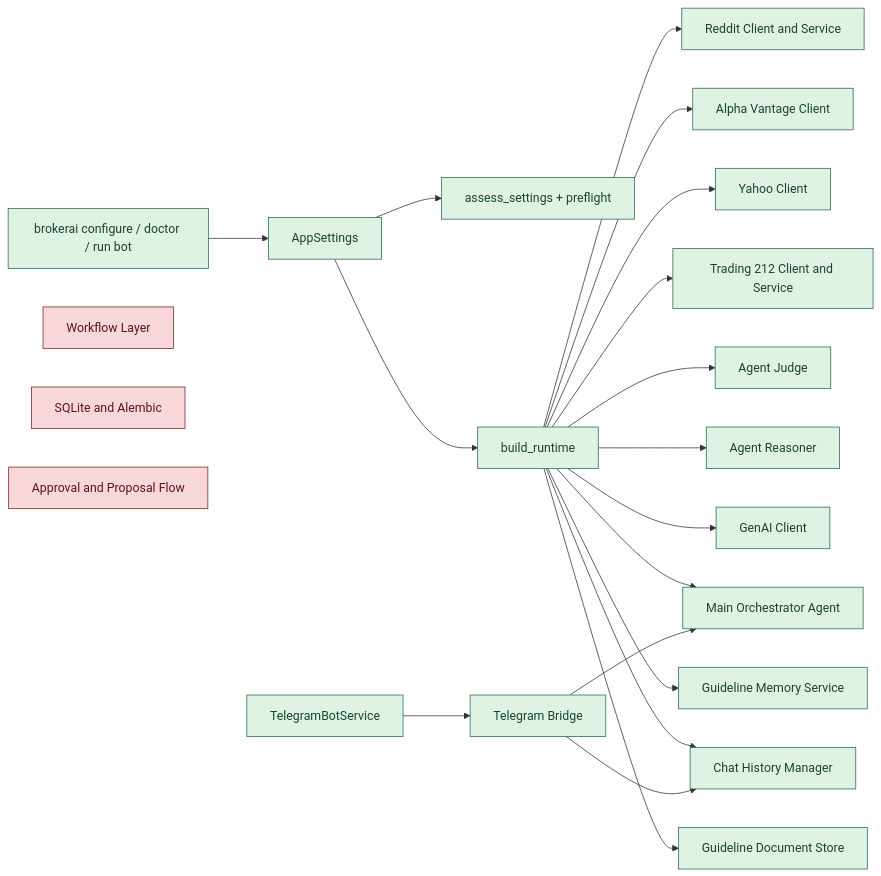
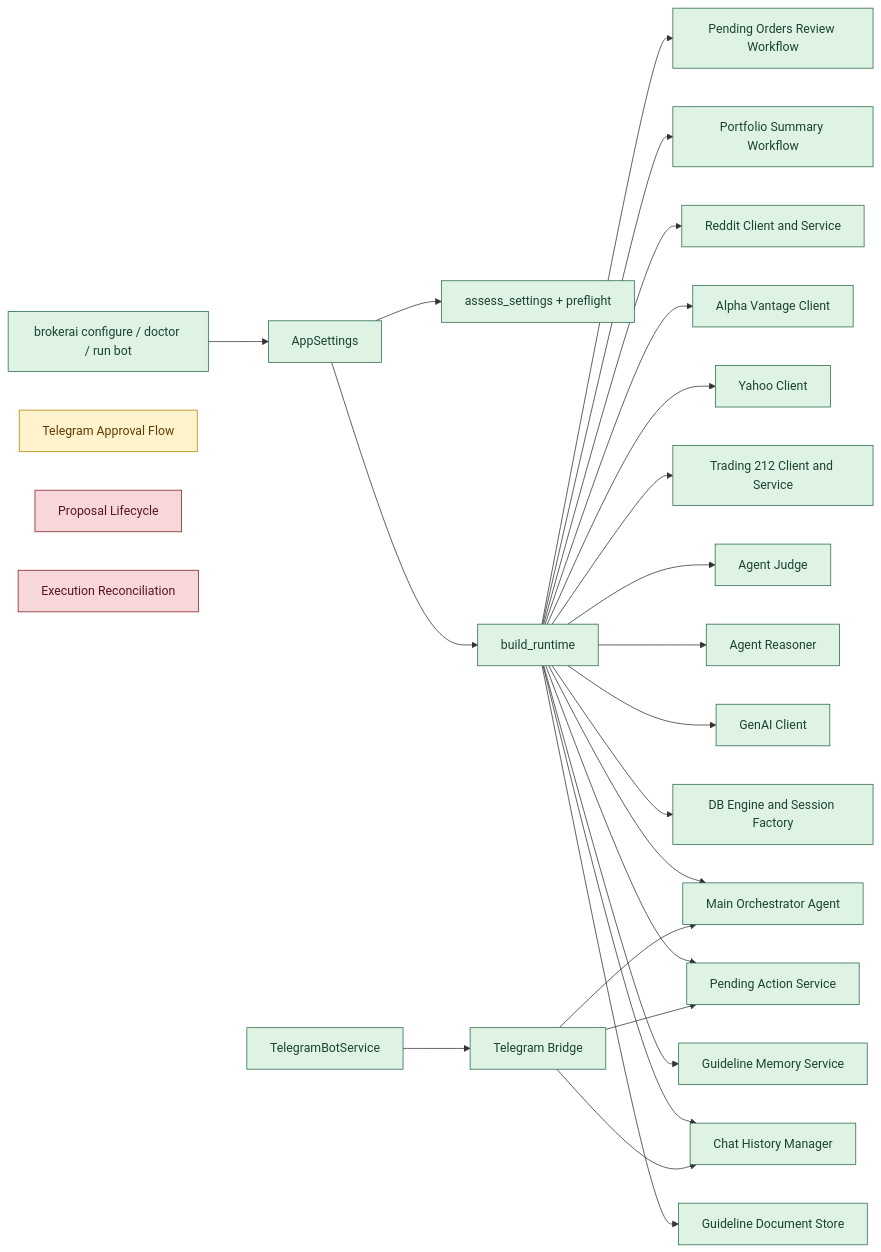
The second of 9 diagrams in docs/ARCHITECTURE_DIAGRAMS.md (applebar17/T212AI), drawn with Mermaid before and after one commit. The commit also changed other lines of this file and 1 other file, not shown here.

````diff
--- a/docs/ARCHITECTURE_DIAGRAMS.md
+++ b/docs/ARCHITECTURE_DIAGRAMS.md
@@ -42,34 +45,40 @@
 ```mermaid
 flowchart LR
     CLI[brokerai configure / doctor / run bot] --> SETTINGS[AppSettings]
     SETTINGS --> ASSESS[assess_settings + preflight]
     SETTINGS --> RT[build_runtime]
 
     RT --> GDOC[Guideline Document Store]
     RT --> GSVC[Guideline Memory Service]
     RT --> HIST[Chat History Manager]
+    RT --> DB[DB Engine and Session Factory]
+    RT --> PACT[Pending Action Service]
     RT --> GENAI[GenAI Client]
     RT --> REASON[Agent Reasoner]
     RT --> JUDGE[Agent Judge]
     RT --> ORCH[Main Orchestrator Agent]
 
     RT --> T212[Trading 212 Client and Service]
     RT --> Y[Yahoo Client]
     RT --> A[Alpha Vantage Client]
     RT --> RD[Reddit Client and Service]
+    RT --> W1[Portfolio Summary Workflow]
+    RT --> W2[Pending Orders Review Workflow]
 
     BOT[TelegramBotService] --> TG[Telegram Bridge]
     TG --> ORCH
     TG --> HIST
+    TG --> PACT
 
-    WF[Workflow Layer]
-    DB[SQLite and Alembic]
-    APPROVAL[Approval and Proposal Flow]
+    APPROVAL[Telegram Approval Flow]
+    PROPOSAL[Proposal Lifecycle]
+    RECON[Execution Reconciliation]
 
     classDef wired fill:#dff3e4,stroke:#2d6a4f,color:#1b4332;
     classDef partial fill:#fff3cd,stroke:#b08900,color:#5f3b00;
     classDef missing fill:#f8d7da,stroke:#842029,color:#58151c;
 
-    class CLI,SETTINGS,ASSESS,RT,GDOC,GSVC,HIST,GENAI,REASON,JUDGE,ORCH,T212,Y,A,RD,BOT,TG wired;
-    class WF,DB,APPROVAL missing;
+    class CLI,SETTINGS,ASSESS,RT,GDOC,GSVC,HIST,DB,PACT,GENAI,REASON,JUDGE,ORCH,T212,Y,A,RD,BOT,TG,W1,W2 wired;
+    class APPROVAL partial;
+    class PROPOSAL,RECON missing;
 ```
````
